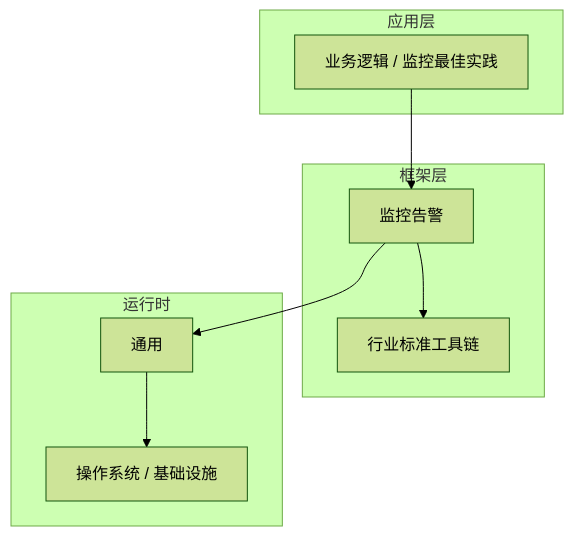
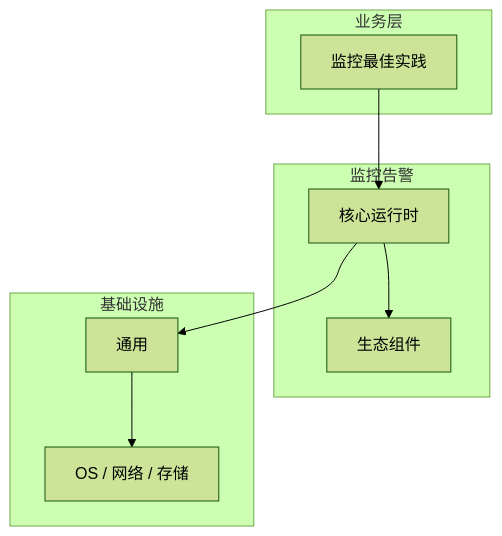
Before and after one commit to yanggan2015/knowledge-json-v2: the diagram in articles/监控告警/chapters/076-监控最佳实践核心概念与原理.md, drawn with Mermaid (forest theme). The commit also changed other lines of this file and 10127 other files, not shown here.

````diff
--- a/articles/监控告警/chapters/076-监控最佳实践核心概念与原理.md
+++ b/articles/监控告警/chapters/076-监控最佳实践核心概念与原理.md
@@ -45,18 +34,18 @@
 ```mermaid
 graph TB
-    subgraph 应用层
-        A[业务逻辑 / 监控最佳实践]
+    subgraph 业务层
+        A[监控最佳实践]
     end
-    subgraph 框架层
-        B[监控告警]
-        C[行业标准工具链]
+    subgraph 监控告警
+        B[核心运行时]
+        C[生态组件]
     end
-    subgraph 运行时
+    subgraph 基础设施
         D[通用]
-        E[操作系统 / 基础设施]
+        E[OS / 网络 / 存储]
     end
     A --> B
     B --> C
     B --> D
     D --> E
 ```
````
